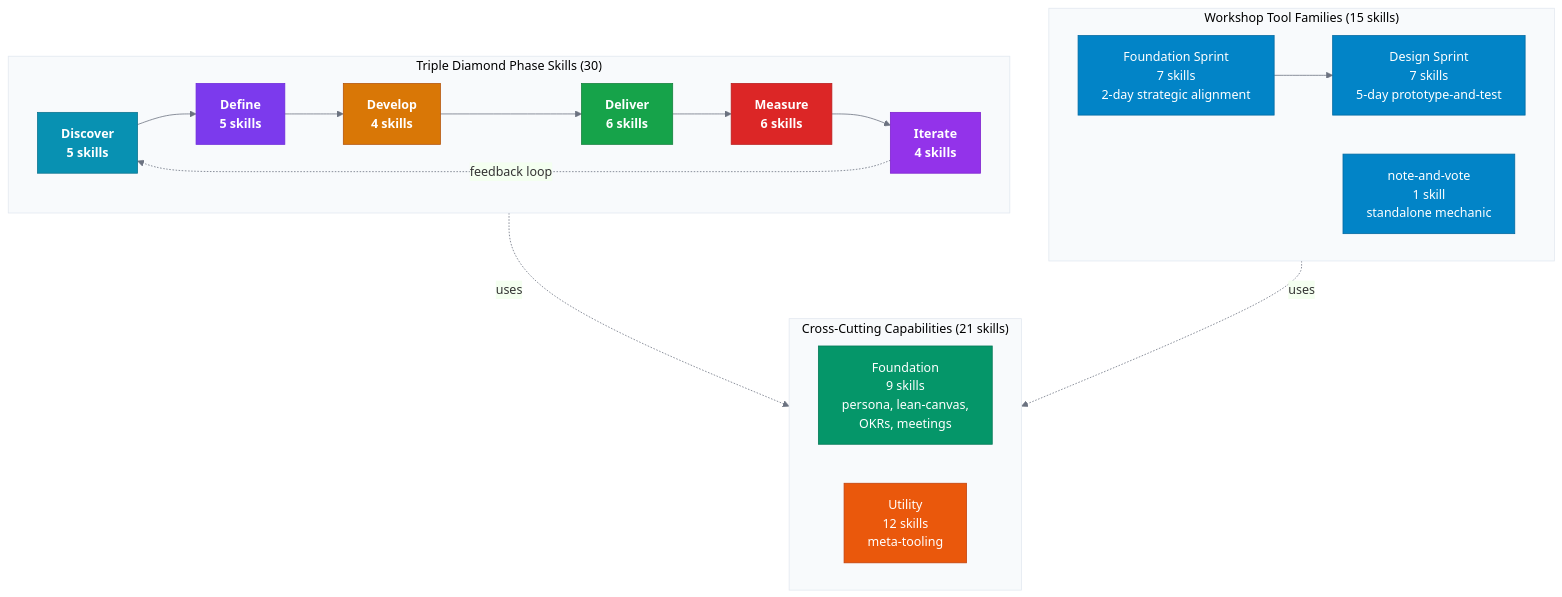
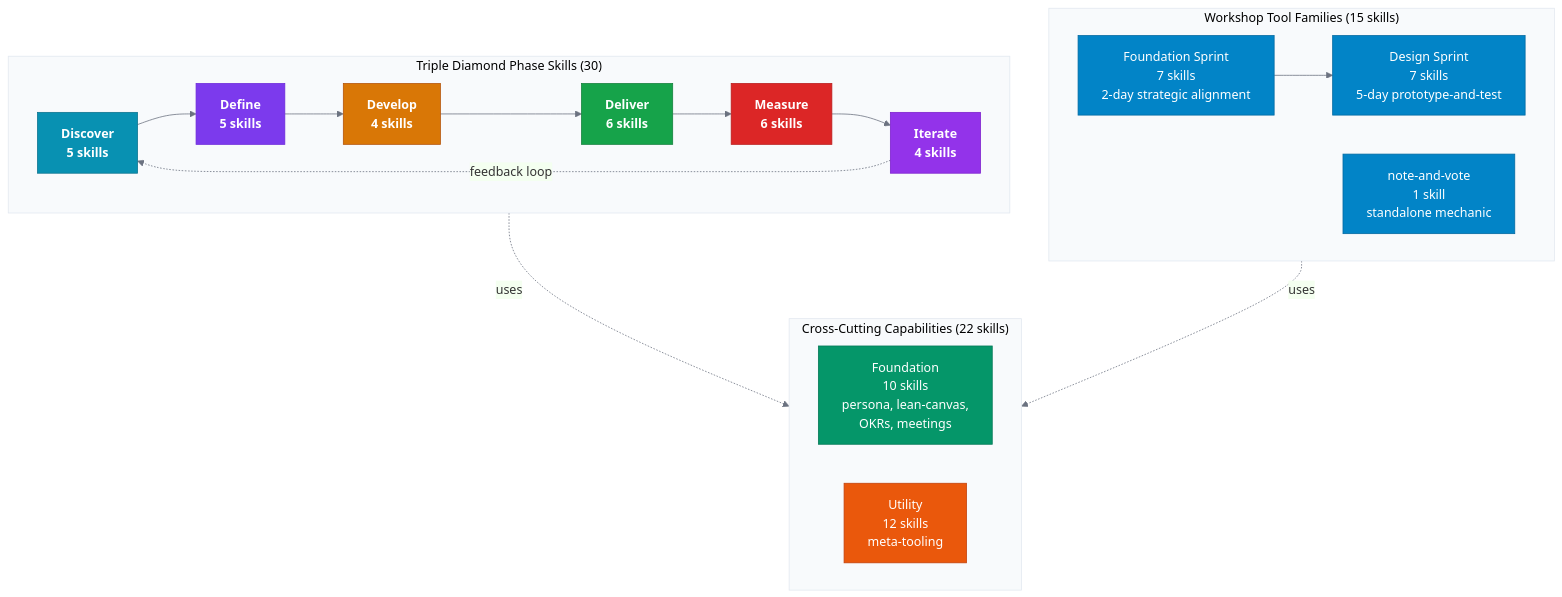
One commit to product-on-purpose/pm-skills changed the third of 6 diagrams in README.md. Above: the diagram before and after it, drawn with Mermaid. The commit also changed other lines of this file and 50 other files, not shown here.

````diff
--- a/README.md
+++ b/README.md
@@ -619,43 +628,43 @@
 ```mermaid
 %%{init: {'theme': 'base', 'themeVariables': {'primaryColor': '#f0f4ff', 'primaryBorderColor': '#c7d2fe', 'lineColor': '#6b7280', 'clusterBkg': '#f8fafc', 'clusterBorder': '#e2e8f0'}}}%%
 flowchart TB
     classDef discover fill:#0891b2,stroke:#0e7490,color:#fff,font-weight:bold
     classDef define fill:#7c3aed,stroke:#6d28d9,color:#fff,font-weight:bold
     classDef develop fill:#d97706,stroke:#b45309,color:#fff,font-weight:bold
     classDef deliver fill:#16a34a,stroke:#15803d,color:#fff,font-weight:bold
     classDef measure fill:#dc2626,stroke:#b91c1c,color:#fff,font-weight:bold
     classDef iterate fill:#9333ea,stroke:#7e22ce,color:#fff,font-weight:bold
     classDef tool fill:#0284c7,stroke:#0369a1,color:#fff
     classDef foundation fill:#059669,stroke:#047857,color:#fff
     classDef utility fill:#ea580c,stroke:#c2410c,color:#fff
 
     subgraph PHASE["Triple Diamond Phase Skills (30)"]
         direction LR
         DI["Discover<br/>5 skills"]:::discover
         DE["Define<br/>5 skills"]:::define
         DEV["Develop<br/>4 skills"]:::develop
         DEL["Deliver<br/>6 skills"]:::deliver
         ME["Measure<br/>6 skills"]:::measure
         IT["Iterate<br/>4 skills"]:::iterate
 
         DI --> DE --> DEV --> DEL --> ME --> IT
         IT -."feedback loop".-> DI
     end
 
     subgraph WORKSHOP["Workshop Tool Families (15 skills)"]
         direction LR
         FS["Foundation Sprint<br/>7 skills<br/>2-day strategic alignment"]:::tool
         DS["Design Sprint<br/>7 skills<br/>5-day prototype-and-test"]:::tool
         NV["note-and-vote<br/>1 skill<br/>standalone mechanic"]:::tool
         FS --> DS
     end
 
-    subgraph SUPPORT["Cross-Cutting Capabilities (21 skills)"]
+    subgraph SUPPORT["Cross-Cutting Capabilities (22 skills)"]
         direction LR
-        FOUND["Foundation<br/>9 skills<br/>persona, lean-canvas,<br/>OKRs, meetings"]:::foundation
+        FOUND["Foundation<br/>10 skills<br/>persona, lean-canvas,<br/>OKRs, meetings"]:::foundation
         UTIL["Utility<br/>12 skills<br/>meta-tooling"]:::utility
     end
 
     PHASE -.uses.-> SUPPORT
     WORKSHOP -.uses.-> SUPPORT
 ```
````
